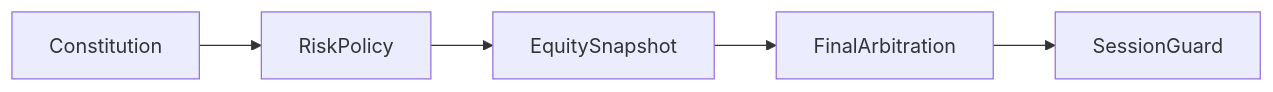
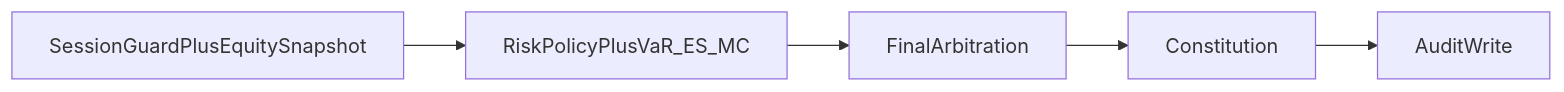
Before and after one commit to Steve-Mee/Lumina: diagram 11 of 12 in docs/architecture.md, drawn with Mermaid. The commit also changed other lines of this file and 163 other files, not shown here.

````diff
--- a/docs/architecture.md
+++ b/docs/architecture.md
@@ -375,13 +416,13 @@
 ```mermaid
 flowchart LR
+  sessionEquitySync[SessionGuardPlusEquitySnapshot]
+  riskPolicy[RiskPolicyPlusVaR_ES_MC]
+  finalArbitration[FinalArbitration]
   constitution[Constitution]
-  riskPolicy[RiskPolicy]
-  equitySnapshot[EquitySnapshot]
-  finalArbitration[FinalArbitration]
-  sessionGuard[SessionGuard]
+  auditWrite[AuditWrite]
 
-  constitution --> riskPolicy
-  riskPolicy --> equitySnapshot
-  equitySnapshot --> finalArbitration
-  finalArbitration --> sessionGuard
+  sessionEquitySync --> riskPolicy
+  riskPolicy --> finalArbitration
+  finalArbitration --> constitution
+  constitution --> auditWrite
 ```
````
